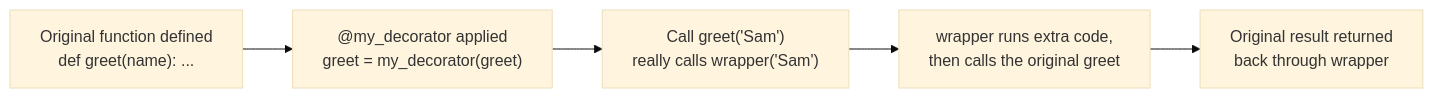
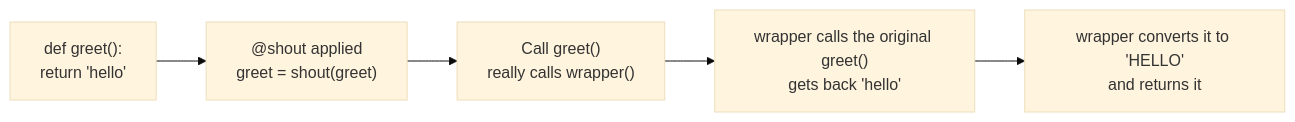
Before and after one commit to Kaveripriya/AI-Academy: the first of 2 diagrams in CRESCENT/python-foundations/modules/p2-control-structures-functions-tooling/unit-2-4-functional-constructs.md, drawn with Mermaid (base theme). The commit also changed other lines of this file and 1 other file, not shown here.

Commit message:
Restructure Decorator section in Unit 2.4 with clear heading/definition/example/diagram; align parameter/argument definition with the power() example in Unit 2.3

````diff
--- a/CRESCENT/python-foundations/modules/p2-control-structures-functions-tooling/unit-2-4-functional-constructs.md
+++ b/CRESCENT/python-foundations/modules/p2-control-structures-functions-tooling/unit-2-4-functional-constructs.md
@@ -120,7 +152,7 @@
 ```mermaid
 flowchart LR
-    A["Original function defined<br/>def greet(name): ..."] --> B["@my_decorator applied<br/>greet = my_decorator(greet)"]
-    B --> C["Call greet('Sam')<br/>really calls wrapper('Sam')"]
-    C --> D["wrapper runs extra code,<br/>then calls the original greet"]
-    D --> E["Original result returned<br/>back through wrapper"]
+    A["def greet():<br/>return 'hello'"] --> B["@shout applied<br/>greet = shout(greet)"]
+    B --> C["Call greet()<br/>really calls wrapper()"]
+    C --> D["wrapper calls the original greet()<br/>gets back 'hello'"]
+    D --> E["wrapper converts it to 'HELLO'<br/>and returns it"]
 ```
````
